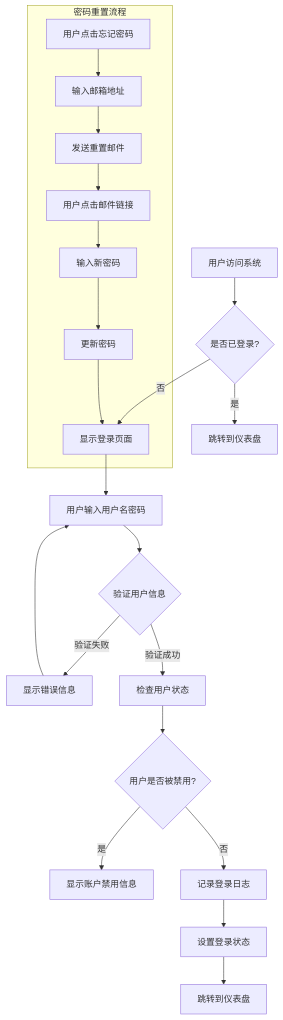
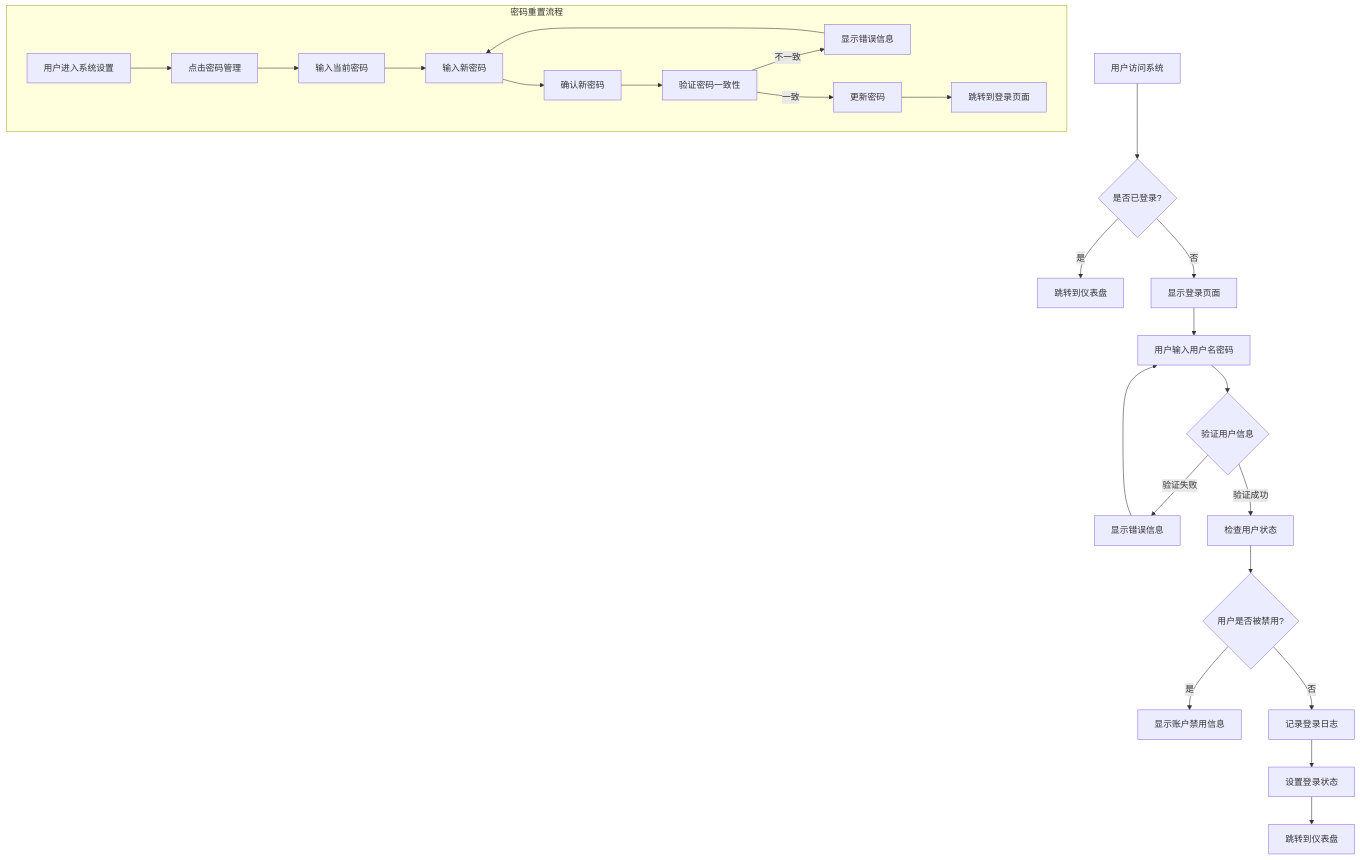
One commit to kk-ahmean/Quality-Manage-System changed the first of 10 diagrams in 流程图.md. Above: the diagram before and after it, drawn with Mermaid. The commit also changed 96 other files, not shown here.

````diff
--- a/流程图.md
+++ b/流程图.md
@@ -5,25 +5,28 @@
 ```mermaid
 flowchart TD
     A[用户访问系统] --> B{是否已登录?}
     B -->|是| C[跳转到仪表盘]
     B -->|否| D[显示登录页面]
     D --> E[用户输入用户名密码]
     E --> F{验证用户信息}
     F -->|验证失败| G[显示错误信息]
     G --> E
     F -->|验证成功| H[检查用户状态]
     H --> I{用户是否被禁用?}
     I -->|是| J[显示账户禁用信息]
     I -->|否| K[记录登录日志]
     K --> L[设置登录状态]
     L --> M[跳转到仪表盘]
     
     subgraph 密码重置流程
-        N[用户点击忘记密码] --> O[输入邮箱地址]
-        O --> P[发送重置邮件]
-        P --> Q[用户点击邮件链接]
-        Q --> R[输入新密码]
-        R --> S[更新密码]
-        S --> D
+        N[用户进入系统设置] --> O[点击密码管理]
+        O --> P[输入当前密码]
+        P --> Q[输入新密码]
+        Q --> R[确认新密码]
+        R --> S[验证密码一致性]
+        S -->|不一致| T[显示错误信息]
+        T --> Q
+        S -->|一致| U[更新密码]
+        U --> V[跳转到登录页面]
     end
 ```
````
